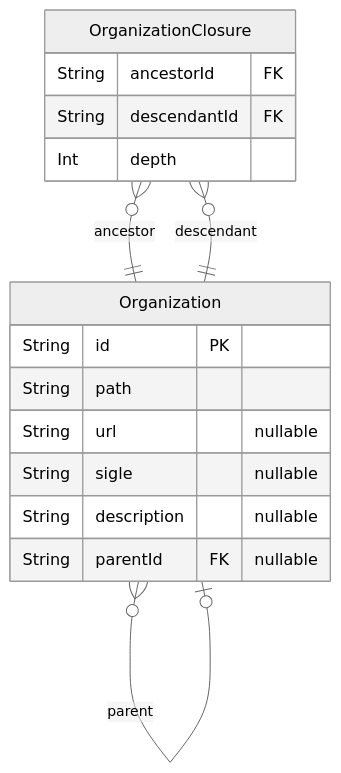
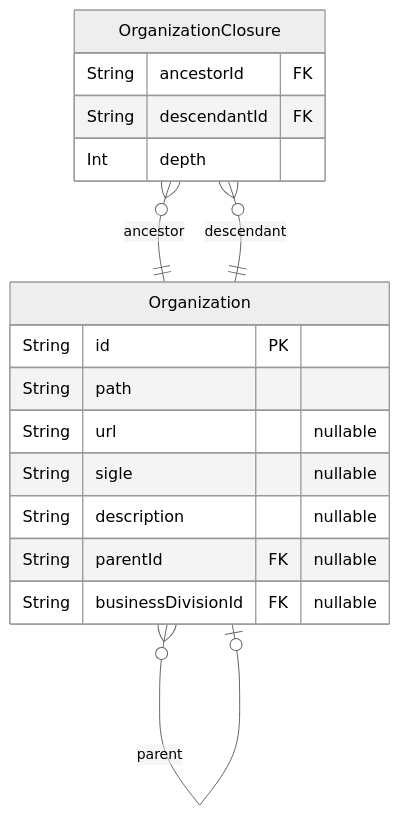
One commit to dnum-mi/referentiel-applications changed the seventh of 10 diagrams in backend/prisma/docs/schema.md. Above: the diagram before and after it, drawn with Mermaid (neutral theme). The commit also changed other lines of this file and 4 other files, not shown here.

Commit message:
feat: add migration for business division and organisation

````diff
--- a/backend/prisma/docs/schema.md
+++ b/backend/prisma/docs/schema.md
@@ -438,19 +438,20 @@
 ```mermaid
 erDiagram
 "Organization" {
   String id PK
   String path
   String url "nullable"
   String sigle "nullable"
   String description "nullable"
   String parentId FK "nullable"
+  String businessDivisionId FK "nullable"
 }
 "OrganizationClosure" {
   String ancestorId FK
   String descendantId FK
   Int depth
 }
 "Organization" }o--o| "Organization" : parent
 "OrganizationClosure" }o--|| "Organization" : ancestor
 "OrganizationClosure" }o--|| "Organization" : descendant
 ```
````
